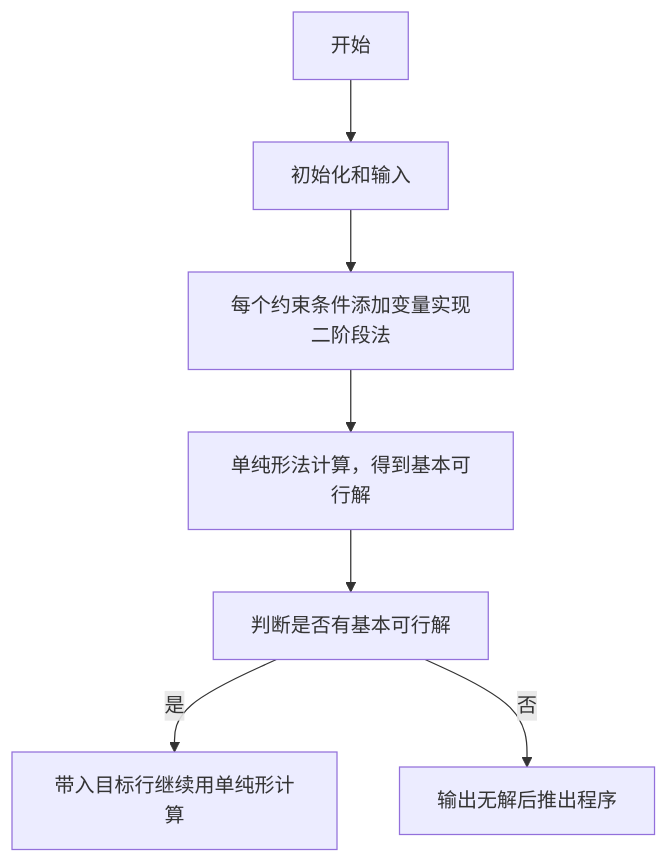
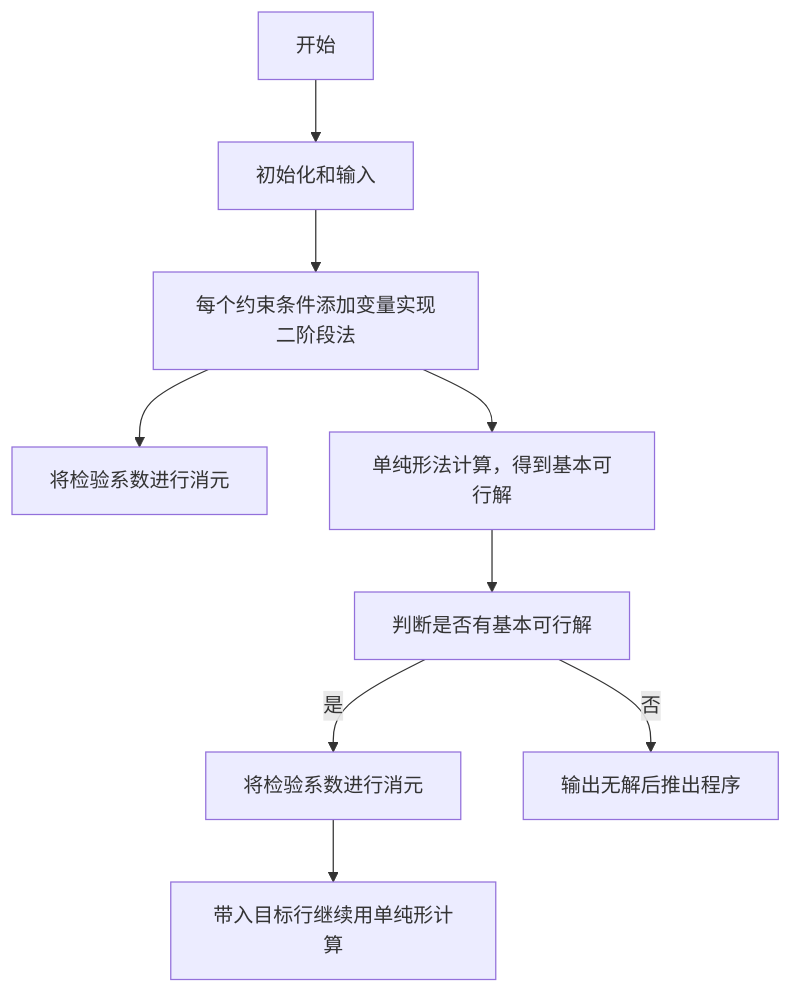
The first of 2 diagrams in README.md (SxyLimit/Simplex), drawn with Mermaid before and after one commit. The commit also changed other lines of this file, not shown here.

````diff
--- a/README.md
+++ b/README.md
@@ -5,9 +5,11 @@
 ```mermaid
 graph TD
-    A[开始] --> B[初始化和输入]
-    B --> C[每个约束条件添加变量实现二阶段法]
-    C --> D[单纯形法计算，得到基本可行解]
-    D --> E[判断是否有基本可行解]
-    E -- 是 --> F[带入目标行继续用单纯形计算]
-    E -- 否 --> G[输出无解后推出程序]
+	A[开始] --> B[初始化和输入]
+	B --> C[每个约束条件添加变量实现二阶段法]
+	C --> H[将检验系数进行消元]
+	C --> D[单纯形法计算，得到基本可行解]
+	D --> E[判断是否有基本可行解]
+	E -- 是 --> I[将检验系数进行消元]
+	I --> F[带入目标行继续用单纯形计算]
+	E -- 否 --> G[输出无解后推出程序]
 ```
````
